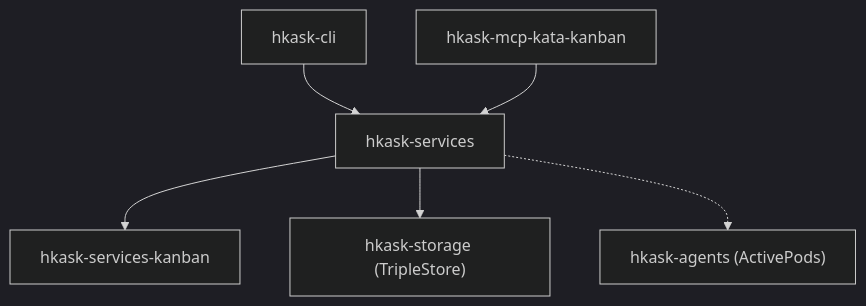
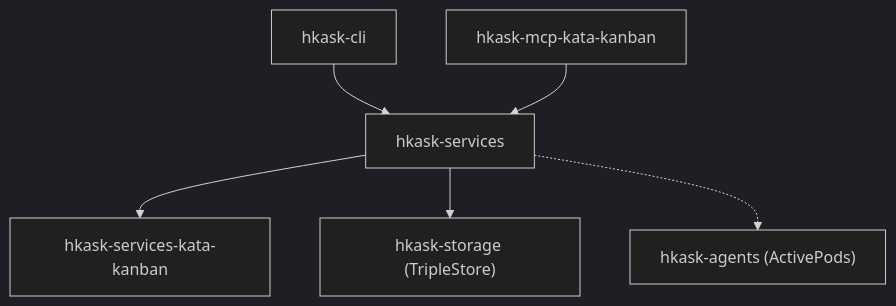
The third of 8 diagrams in docs/architecture/hKask-architecture-master.md (mdz-axo/hKask), drawn with Mermaid (dark theme) before and after one commit. The commit also changed other lines of this file and 26 other files, not shown here.

Commit message:
Refactor kanban types into per-concept modules and add async-trait dep

````diff
--- a/docs/architecture/hKask-architecture-master.md
+++ b/docs/architecture/hKask-architecture-master.md
@@ -891,8 +891,8 @@
 ```mermaid
 graph TD
     CLI["hkask-cli"] --> SVC["hkask-services"]
     MCP["hkask-mcp-kata-kanban"] --> SVC
-    SVC --> TYPES["hkask-services-kanban"]
+    SVC --> TYPES["hkask-services-kata-kanban"]
     SVC --> STORAGE["hkask-storage (TripleStore)"]
     SVC -.-> AGENTS["hkask-agents (ActivePods)"]
 ```
````
